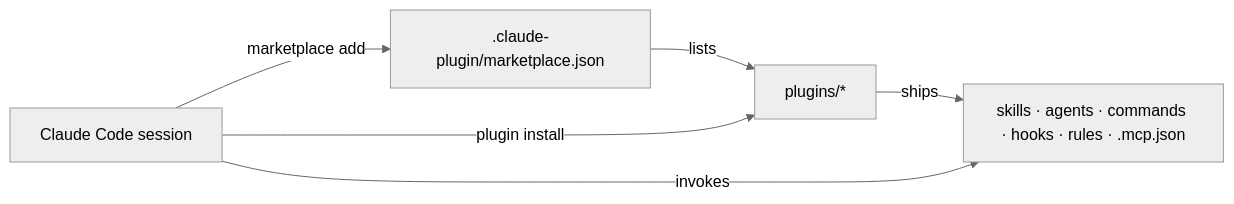
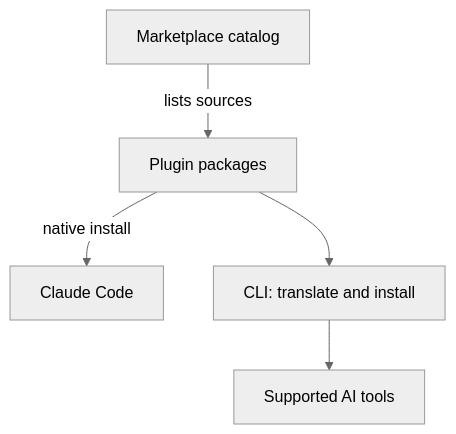
One commit to ai-driven-dev/framework changed the first of 2 diagrams in docs/ARCHITECTURE.md. Above: the diagram before and after it, drawn with Mermaid (neutral theme). The commit also changed other lines of this file and 74 other files, not shown here.

First line of the commit message:
fix(cli): restore OpenCode plugins and verify Kilo runtime hooks (#971)

````diff
--- a/docs/ARCHITECTURE.md
+++ b/docs/ARCHITECTURE.md
@@ -7,8 +7,7 @@
 ```mermaid
-flowchart LR
-  Editor["Claude Code session"] -->|"marketplace add"| Manifest[".claude-plugin/marketplace.json"]
-  Manifest -->|lists| Plugins["plugins/*"]
-  Editor -->|"plugin install"| Plugins
-  Plugins -->|ships| Surfaces["skills · agents · commands · hooks · rules · .mcp.json"]
-  Editor -->|invokes| Surfaces
+flowchart TB
+  Catalog["Marketplace catalog"] -->|lists sources| Plugins["Plugin packages"]
+  Plugins -->|native install| Claude["Claude Code"]
+  Plugins --> CLI["CLI: translate and install"]
+  CLI --> Tools["Supported AI tools"]
 ```
````
